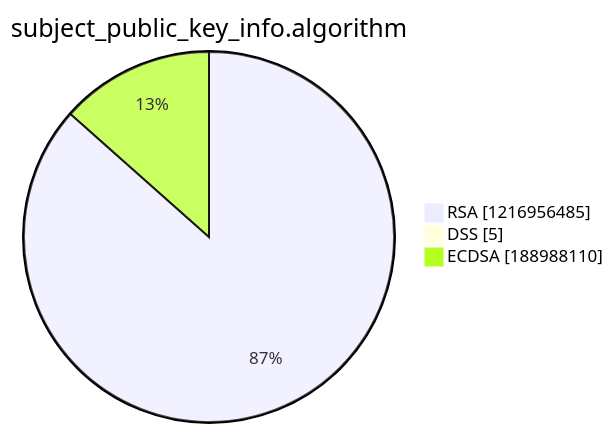
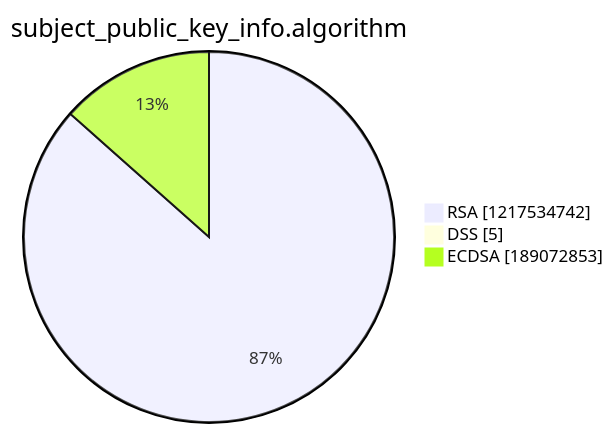
The third of 15 diagrams in argon2022/README.md (christiankrug/ctmonitor_visualization), drawn with Mermaid before and after one commit. The commit also changed other lines of this file, not shown here.

````diff
--- a/argon2022/README.md
+++ b/argon2022/README.md
@@ -14,7 +14,7 @@
 ```mermaid
 pie showData
 title subject_public_key_info.algorithm
-"RSA" :1216956485
+"RSA" :1217534742
 "DSS" :5
-"ECDSA" :188988110
+"ECDSA" :189072853
 ```
````
